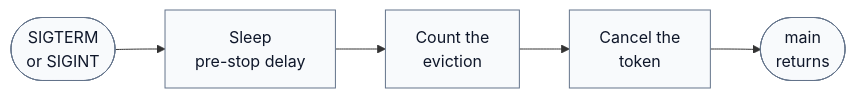
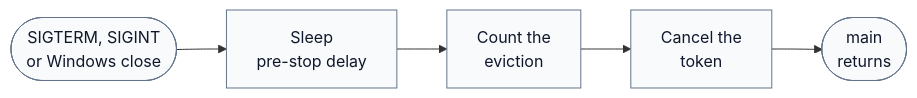
One commit to hyperi-io/scalo-rs changed the diagram in docs/core-pillars/shutdown.md. Above: the diagram before and after it, drawn with Mermaid. The commit also changed other lines of this file and 16 other files, not shown here.

````diff
--- a/docs/core-pillars/shutdown.md
+++ b/docs/core-pillars/shutdown.md
@@ -34,18 +35,18 @@
 ```mermaid
 flowchart LR
     accTitle: L4 Detail -- Shutdown sequence
-    accDescr: On SIGTERM or SIGINT the handler sleeps for the pre-stop delay when it is above 0, counts the eviction on Kubernetes when metrics are on, then cancels the shared token. Application tasks watch the token, finish and return, and then main returns.
+    accDescr: On SIGTERM or SIGINT, or a console close or system shutdown on Windows, the handler sleeps for the pre-stop delay when it is above 0, counts the eviction on Kubernetes when metrics are on, then cancels the shared token. Application tasks watch the token, finish and return, and then main returns.
 
-    signal(["SIGTERM<br/>or SIGINT"])
+    signal(["SIGTERM, SIGINT<br/>or Windows close"])
     sleep["Sleep<br/>pre-stop delay"]
     count["Count the<br/>eviction"]
     cancel["Cancel the<br/>token"]
     exit(["main<br/>returns"])
 
     signal --> sleep
     sleep --> count
     count --> cancel
     cancel --> exit
 
     classDef default fill:#F8FAFC,stroke:#64748B,stroke-width:1px,color:#0F172A
 ```
````
